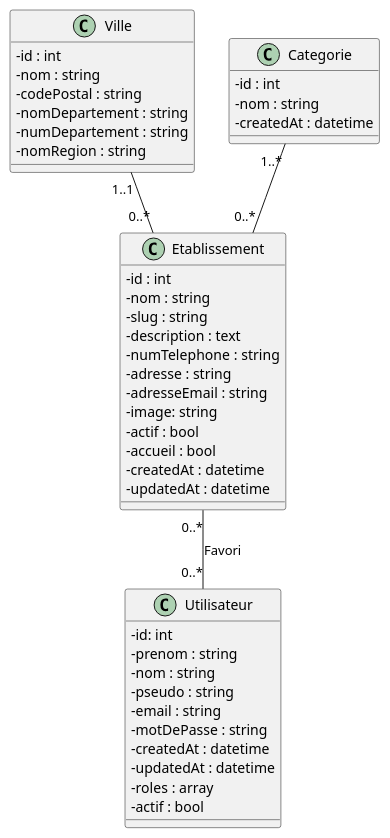
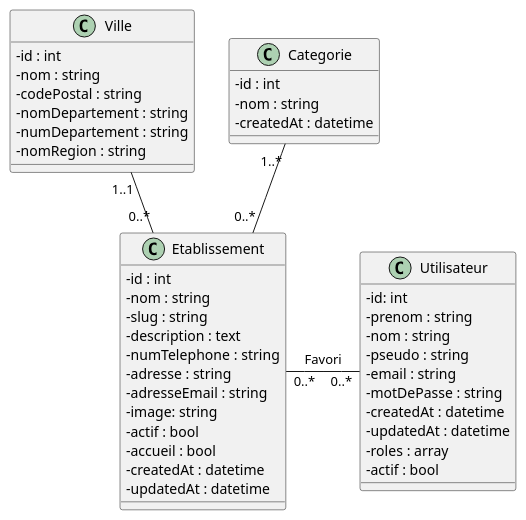
Before and after one commit to pgrvs/FC-Tourisme: the diagram in documentation/diagrammeDeClasses.puml, drawn with PlantUML. The commit also changed 7 other files, not shown here.

```diff
--- a/documentation/diagrammeDeClasses.puml
+++ b/documentation/diagrammeDeClasses.puml
@@ -1,50 +1,50 @@
 @startuml
 skinparam classAttributeIconSize 0
 
 class Etablissement {
     - id : int
     - nom : string
     - slug : string
     - description : text
     - numTelephone : string
     - adresse : string
     - adresseEmail : string
     - image: string
     - actif : bool
     - accueil : bool
     - createdAt : datetime
     - updatedAt : datetime
 }
 
 class Ville {
     - id : int
     - nom : string
     - codePostal : string
     - nomDepartement : string
     - numDepartement : string
     - nomRegion : string
 }
 
 class Categorie {
     - id : int
     - nom : string
     - createdAt : datetime
 }
 
 class Utilisateur {
     - id: int
     - prenom : string
     - nom : string
     - pseudo : string
     - email : string
     - motDePasse : string
     - createdAt : datetime
     - updatedAt : datetime
     - roles : array
     - actif : bool
 }
 
 Categorie"1..*"--"0..*"Etablissement
 Ville"1..1"--"0..*"Etablissement
-Etablissement"0..*"--"0..*"Utilisateur : Favori
+Etablissement"0..*"-"0..*"Utilisateur : Favori
 @enduml
```
